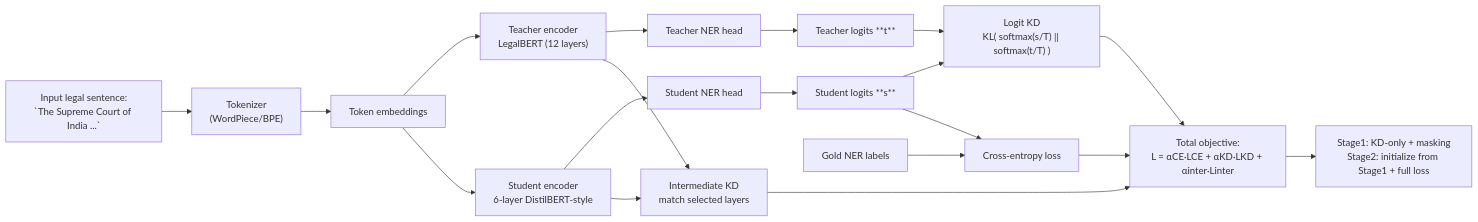
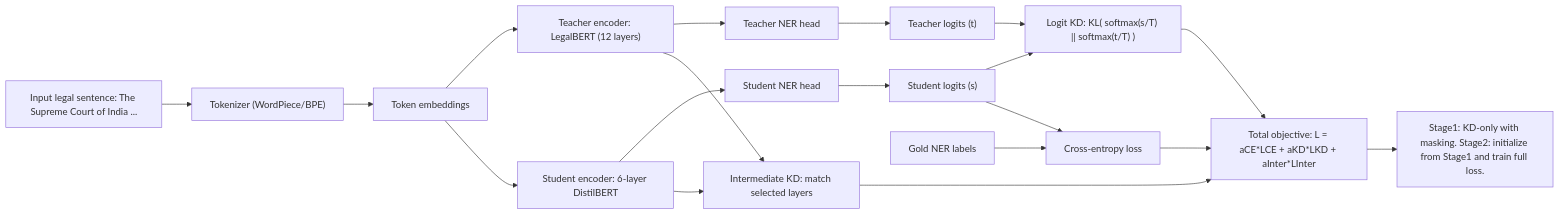
One commit to YueranCao2001/legalbert-kd-ner changed the diagram in README.md. Above: the diagram before and after it, drawn with Mermaid.

Commit message:
Refine Mermaid diagram descriptions in README

````diff
--- a/README.md
+++ b/README.md
@@ -28,38 +28,37 @@
 ```mermaid
 flowchart LR
 
-    %% Input & tokenizer
-    A["Input legal sentence:<br/>`The Supreme Court of India ...`"] --> B["Tokenizer<br/>(WordPiece/BPE)"]
-    B --> C["Token embeddings"]
+%% Input & tokenizer
+A["Input legal sentence: The Supreme Court of India ..."] --> B["Tokenizer (WordPiece/BPE)"]
+B --> C["Token embeddings"]
 
-    %% Teacher path
-    C --> D["Teacher encoder<br/>LegalBERT (12 layers)"]
-    D --> E["Teacher NER head"]
-    E --> F["Teacher logits **t**"]
+%% Teacher path
+C --> D["Teacher encoder: LegalBERT (12 layers)"]
+D --> E["Teacher NER head"]
+E --> F["Teacher logits (t)"]
 
-    %% Student path
-    C --> G["Student encoder<br/>6-layer DistilBERT-style"]
-    G --> H["Student NER head"]
-    H --> I["Student logits **s**"]
+%% Student path
+C --> G["Student encoder: 6-layer DistilBERT"]
+G --> H["Student NER head"]
+H --> I["Student logits (s)"]
 
-    %% Intermediate KD
-    D --> J["Intermediate KD<br/>match selected layers"]
-    G --> J
+%% Intermediate KD
+D --> J["Intermediate KD: match selected layers"]
+G --> J
 
-    %% Logit KD
-    F --> K["Logit KD<br/>KL( softmax(s/T) || softmax(t/T) )"]
-    I --> K
+%% Logit KD
+F --> K["Logit KD: KL( softmax(s/T) || softmax(t/T) )"]
+I --> K
 
-    %% CE loss
-    L["Gold NER labels"] --> M["Cross-entropy loss"]
+%% CE loss
+L["Gold NER labels"] --> M["Cross-entropy loss"]
+I --> M
 
-    I --> M
+%% Total loss
+K --> N["Total objective: L = aCE*LCE + aKD*LKD + aInter*LInter"]
+J --> N
+M --> N
 
-    %% Total loss
-    K --> N["Total objective:<br/>L = αCE·LCE + αKD·LKD + αinter·Linter"]
-    J --> N
-    M --> N
-
-    %% Notes
-    N --> O["Stage1: KD-only + masking<br/>Stage2: initialize from Stage1 + full loss"]
+%% Notes
+N --> O["Stage1: KD-only with masking. Stage2: initialize from Stage1 and train full loss."]
 ```
````
